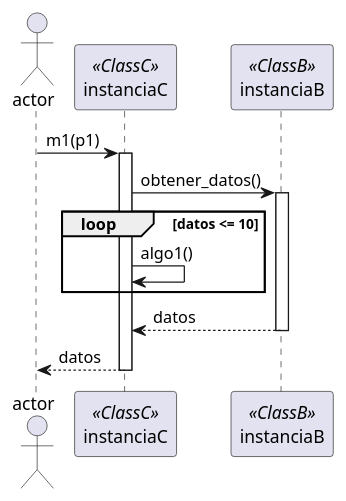
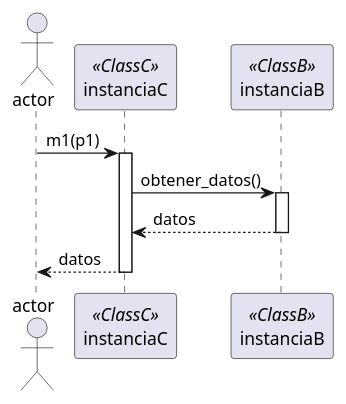
The first of 2 diagrams in informe/secuencia.plantuml (pablodanielrey/dsbm), drawn with PlantUML before and after one commit. The commit also changed other lines of this file and 5 other files, not shown here.

Commit message:
corregi un error en el diagrama de clases

```diff
--- a/informe/secuencia.plantuml
+++ b/informe/secuencia.plantuml
@@ -24,20 +1,16 @@
-@startuml
+@startuml secuencia
 
 actor actor
 participant instanciaC as c <<ClassC>>
 participant instanciaB as b <<ClassB>>
 
 actor -> c : m1(p1)
 activate c
     c -> b : obtener_datos()
     activate b
-        loop datos <= 10
-            c -> c : algo1()
-        end
         return datos
     deactivate b
-
     actor <-- c : datos
 deactivate c
 
 @enduml
```
